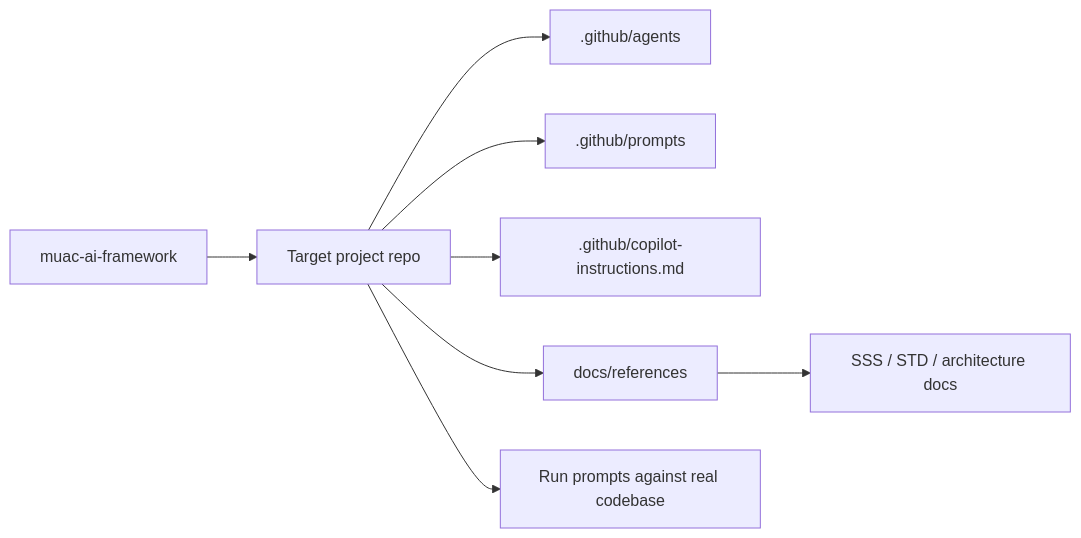
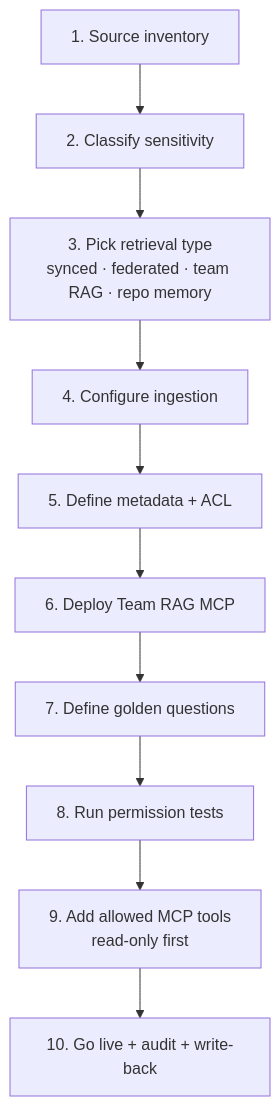
The sixth of 6 diagrams in OVERVIEW.md (ErkanBarin/muac-ai-framework), drawn with Mermaid before and after one commit. The commit also changed other lines of this file and 32 other files, not shown here.

First line of the commit message:
Add governance, retrieval-option, permission, roadmap, and demo docs

````diff
--- a/OVERVIEW.md
+++ b/OVERVIEW.md
@@ -137,10 +161,12 @@
 ```mermaid
-flowchart LR
-    A[muac-ai-framework] --> B[Target project repo]
-    B --> C[.github/agents]
-    B --> D[.github/prompts]
-    B --> E[.github/copilot-instructions.md]
-    B --> F[docs/references]
-    F --> G[SSS / STD / architecture docs]
-    B --> H[Run prompts against real codebase]
+flowchart TD
+    A[1. Source inventory] --> B[2. Classify sensitivity]
+    B --> C[3. Pick retrieval type<br/>synced · federated · team RAG · repo memory]
+    C --> D[4. Configure ingestion]
+    D --> E[5. Define metadata + ACL]
+    E --> F[6. Deploy Team RAG MCP]
+    F --> G[7. Define golden questions]
+    G --> H[8. Run permission tests]
+    H --> I[9. Add allowed MCP tools<br/>read-only first]
+    I --> J[10. Go live + audit + write-back]
 ```
````
